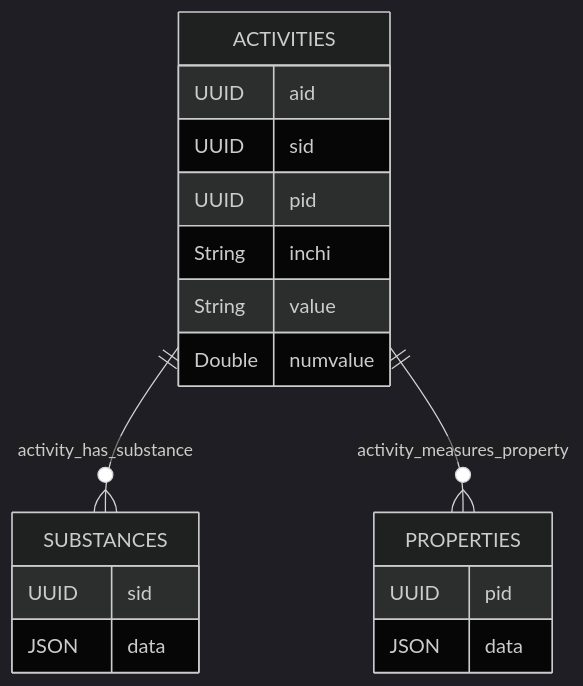
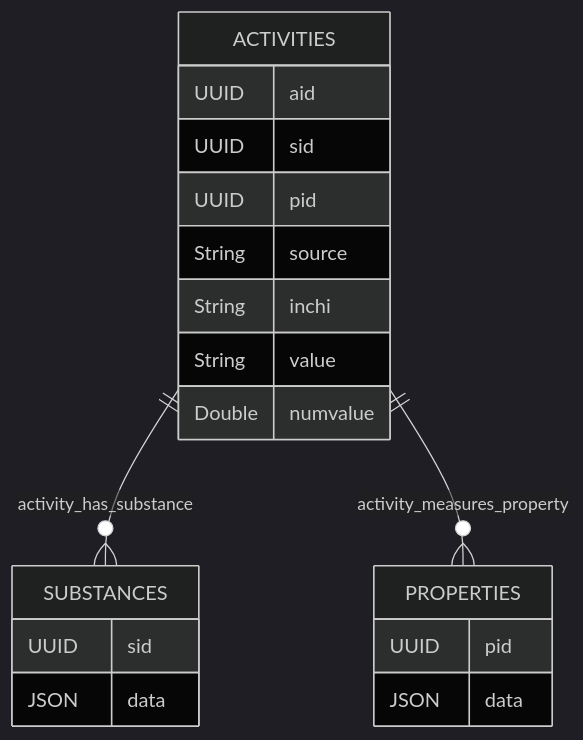
The diagram in README.md (biobricks-ai/chemharmony), drawn with Mermaid (dark theme) before and after one commit.

````diff
--- a/README.md
+++ b/README.md
@@ -4,26 +4,27 @@
 ```mermaid
 erDiagram
 
     SUBSTANCES {
         UUID sid
         JSON data
     }
 
     PROPERTIES {
         UUID pid
         JSON data
     }
 
     ACTIVITIES {
         UUID aid
         UUID sid
         UUID pid
+        String source
         String inchi
         String value
         Double numvalue
     }
 
     ACTIVITIES ||--o{ SUBSTANCES : activity_has_substance
     ACTIVITIES ||--o{ PROPERTIES : activity_measures_property
 
 ```
````
